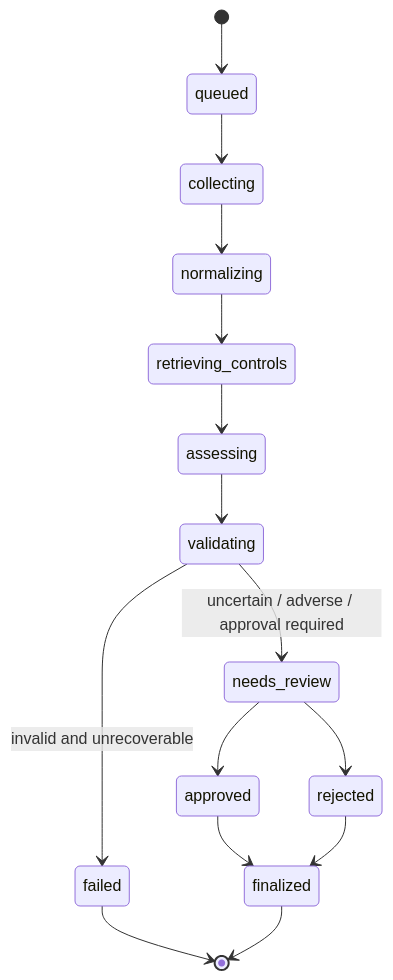
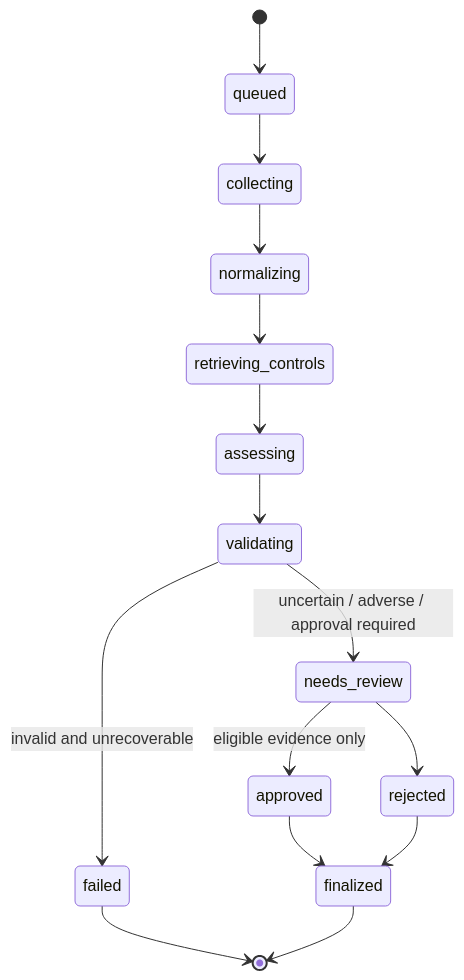
One commit to moisestech/agentic-evidence-pipeline changed the fourth of 6 diagrams in docs/ARCHITECTURE.md. Above: the diagram before and after it, drawn with Mermaid. The commit also changed other lines of this file and 9 other files, not shown here.

````diff
--- a/docs/ARCHITECTURE.md
+++ b/docs/ARCHITECTURE.md
@@ -47,17 +61,17 @@
 ```mermaid
 stateDiagram-v2
     [*] --> queued
     queued --> collecting
     collecting --> normalizing
     normalizing --> retrieving_controls
     retrieving_controls --> assessing
     assessing --> validating
     validating --> needs_review: uncertain / adverse / approval required
     validating --> failed: invalid and unrecoverable
-    needs_review --> approved
+    needs_review --> approved: eligible evidence only
     needs_review --> rejected
     approved --> finalized
     rejected --> finalized
     failed --> [*]
     finalized --> [*]
 ```
````
